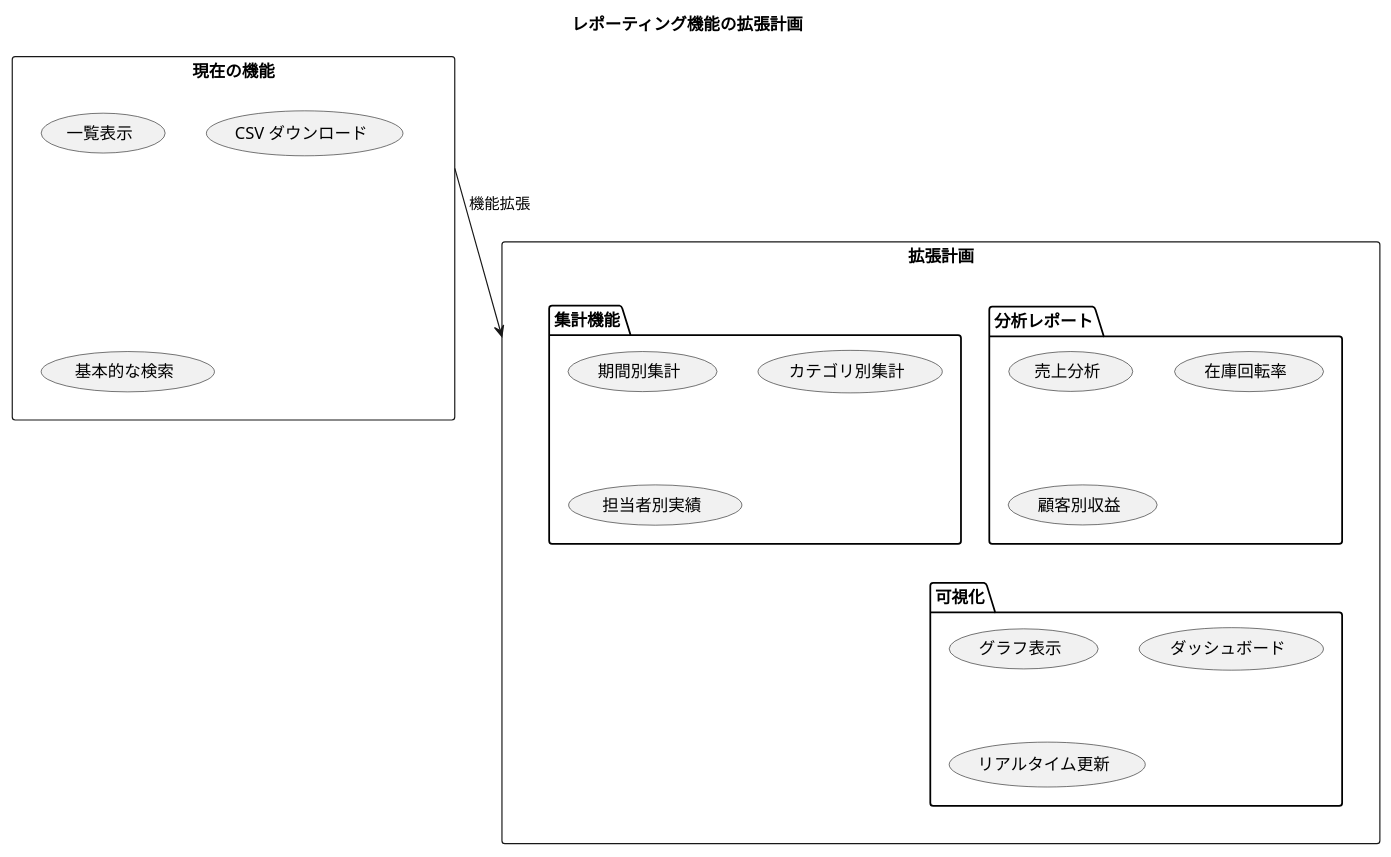
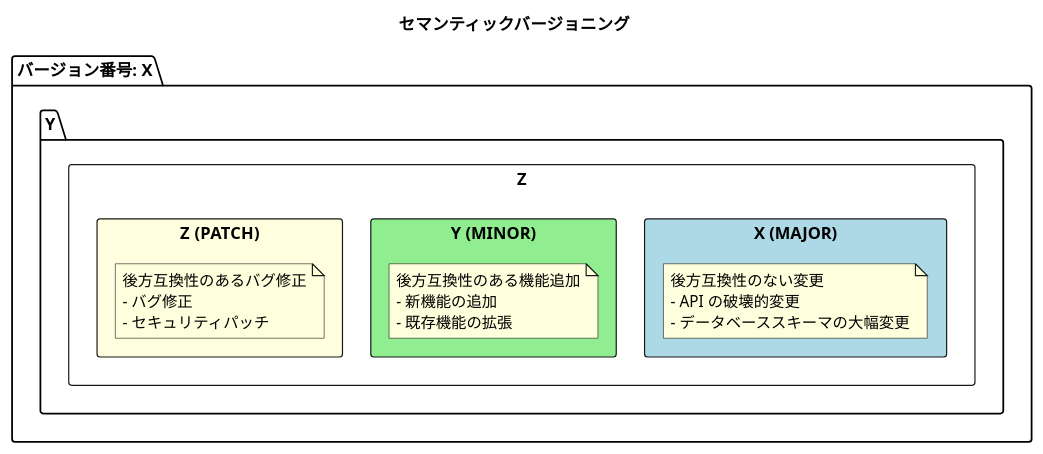
One commit to k2works/case-study-sales changed the first of 7 diagrams in docs/article/chapter23.md. Above: the diagram before and after it, drawn with PlantUML. The commit also changed other lines of this file and 7 other files, not shown here.

````diff
--- a/docs/article/chapter23.md
+++ b/docs/article/chapter23.md
@@ -9,34 +9,32 @@
 ```plantuml
 @startuml
-title レポーティング機能の拡張計画
+title セマンティックバージョニング
 
-rectangle "現在の機能" as current {
-  (一覧表示)
-  (CSV ダウンロード)
-  (基本的な検索)
-}
-
-rectangle "拡張計画" as planned {
-  package "分析レポート" {
-    (売上分析)
-    (在庫回転率)
-    (顧客別収益)
+rectangle "バージョン番号: X.Y.Z" {
+  rectangle "X (MAJOR)" as major #lightblue {
+    note as N1
+      後方互換性のない変更
+      - API の破壊的変更
+      - データベーススキーマの大幅変更
+    end note
   }
 
-  package "集計機能" {
-    (期間別集計)
-    (カテゴリ別集計)
-    (担当者別実績)
+  rectangle "Y (MINOR)" as minor #lightgreen {
+    note as N2
+      後方互換性のある機能追加
+      - 新機能の追加
+      - 既存機能の拡張
+    end note
   }
 
-  package "可視化" {
-    (グラフ表示)
-    (ダッシュボード)
-    (リアルタイム更新)
+  rectangle "Z (PATCH)" as patch #lightyellow {
+    note as N3
+      後方互換性のあるバグ修正
+      - バグ修正
+      - セキュリティパッチ
+    end note
   }
 }
 
-current --> planned : "機能拡張"
-
 @enduml
 ```
````
